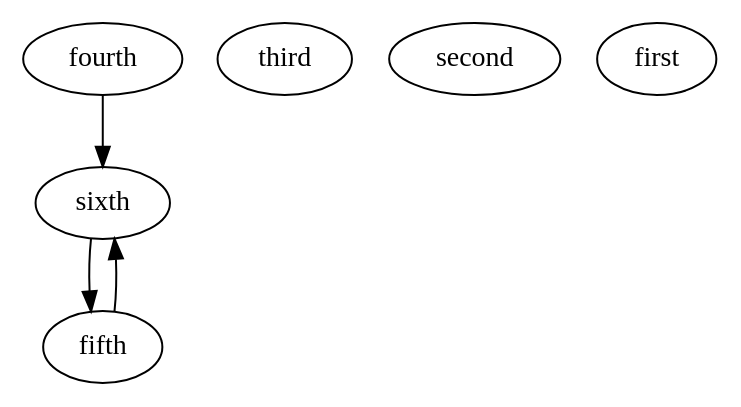
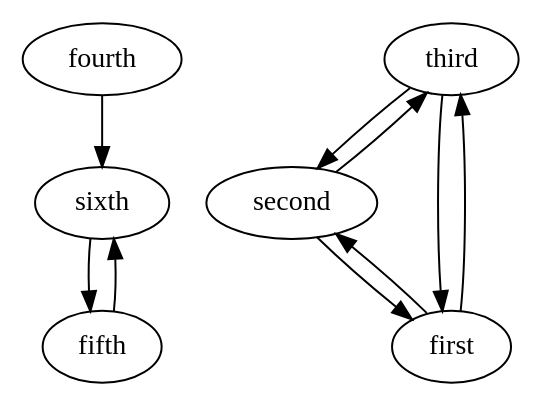
The diagram in test.gv (AshFungor/graph-serializer), drawn with Graphviz before and after one commit. The commit also changed 7 other files, not shown here.

```diff
--- a/test.gv
+++ b/test.gv
@@ -1,14 +1,23 @@
 digraph {
+
+
   sixth [label = "sixth"]
   fifth [label = "fifth"]
   fourth [label = "fourth"]
   third 
   second 
   first 
 
 
 
   sixth -> fifth [weight = 9]
   fifth -> sixth [weight = 8]
   fourth -> sixth [weight = 7]
+  third -> first [weight = 3]
+  third -> second [weight = 5]
+  second -> third [weight = 2]
+  second -> first [weight = 4]
+  first -> second [weight = 1]
+  first -> third [weight = 6]
+
 }
```
